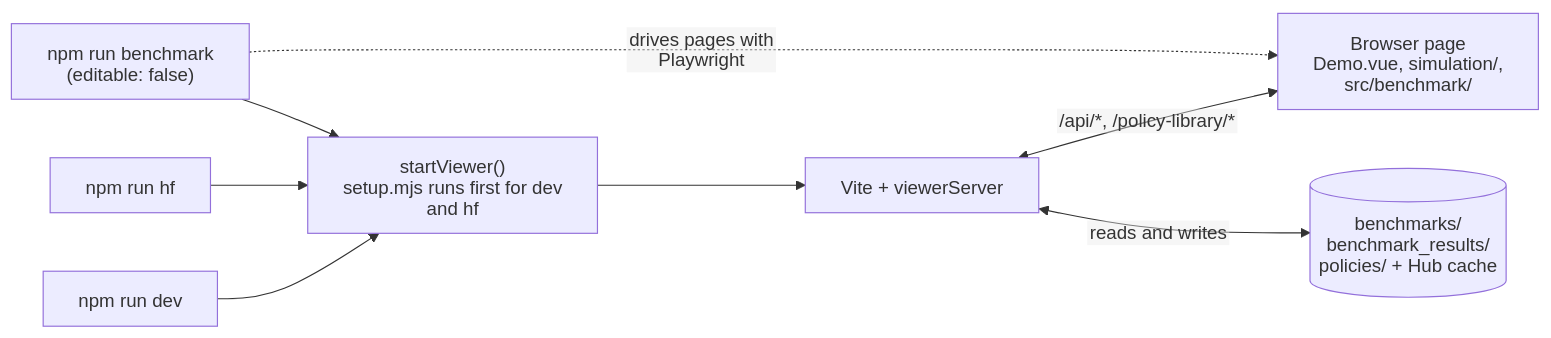
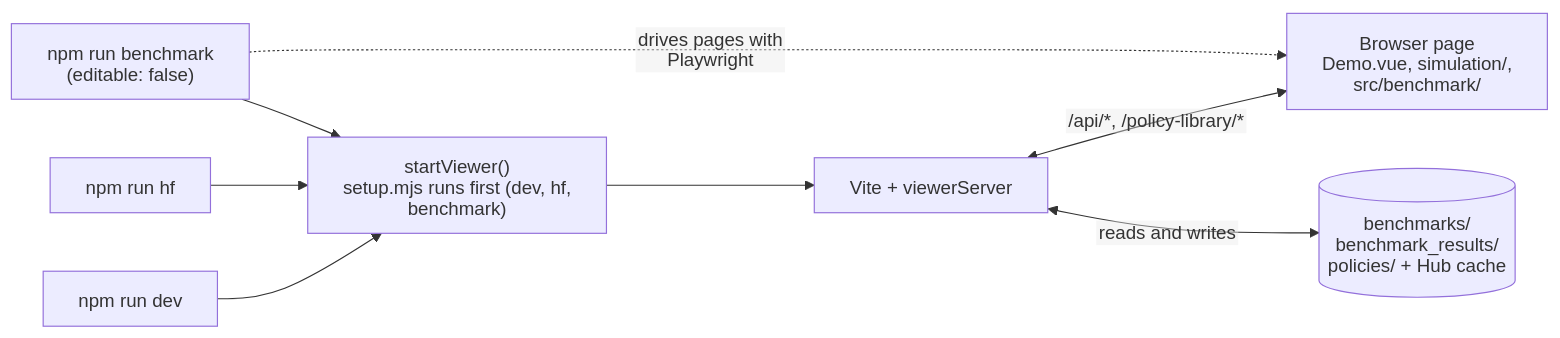
The first of 2 diagrams in docs/architecture.md (menloresearch/humanoid-policy-viewer), drawn with Mermaid before and after one commit. The commit also changed other lines of this file and 18 other files, not shown here.

````diff
--- a/docs/architecture.md
+++ b/docs/architecture.md
@@ -82,14 +83,14 @@
 ```mermaid
 ---
 config:
   htmlLabels: false
 ---
 flowchart LR
     dev["npm run dev"] --> start
     hf["npm run hf"] --> start
     bench["npm run benchmark<br/>(editable: false)"] --> start
-    start["startViewer()<br/>setup.mjs runs first for dev and hf"] --> server["Vite + viewerServer"]
+    start["startViewer()<br/>setup.mjs runs first (dev, hf, benchmark)"] --> server["Vite + viewerServer"]
     server <-->|"/api/*, /policy-library/*"| page["Browser page<br/>Demo.vue, simulation/, src/benchmark/"]
     server <-->|reads and writes| disk[("benchmarks/<br/>benchmark_results/<br/>policies/ + Hub cache")]
     bench -.->|"drives pages with Playwright"| page
 ```
````
